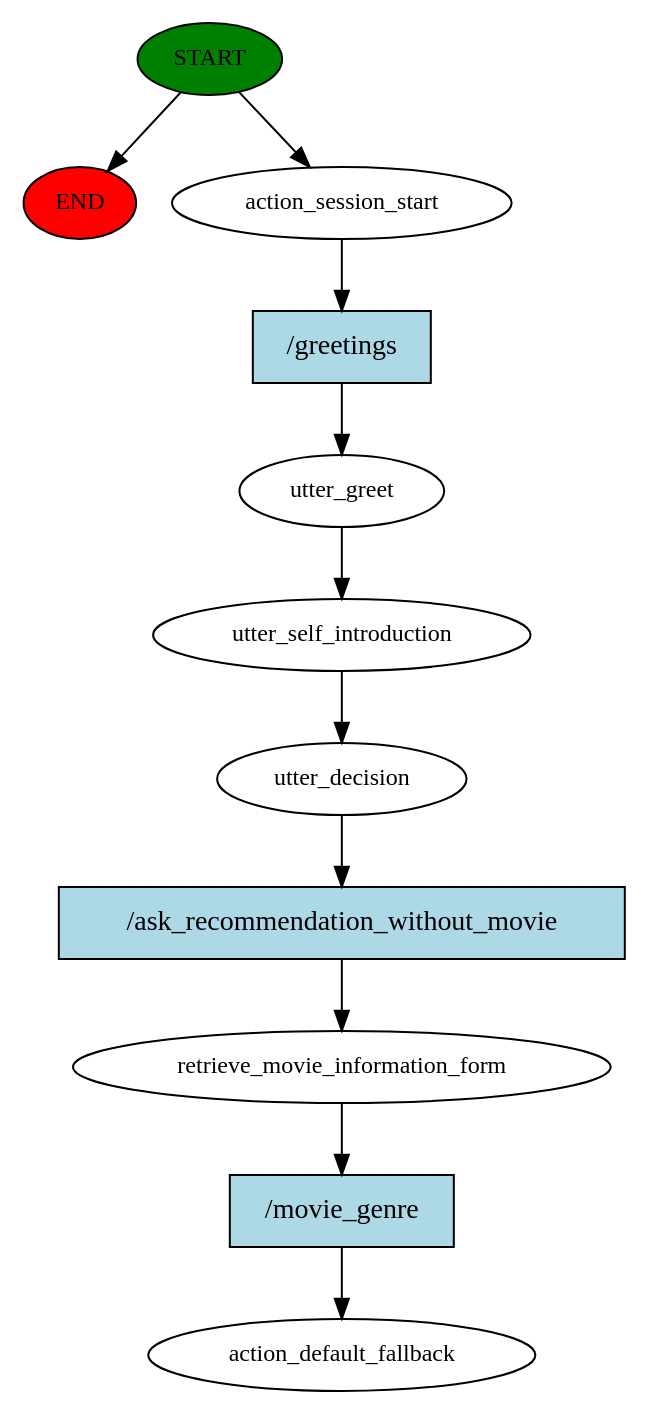
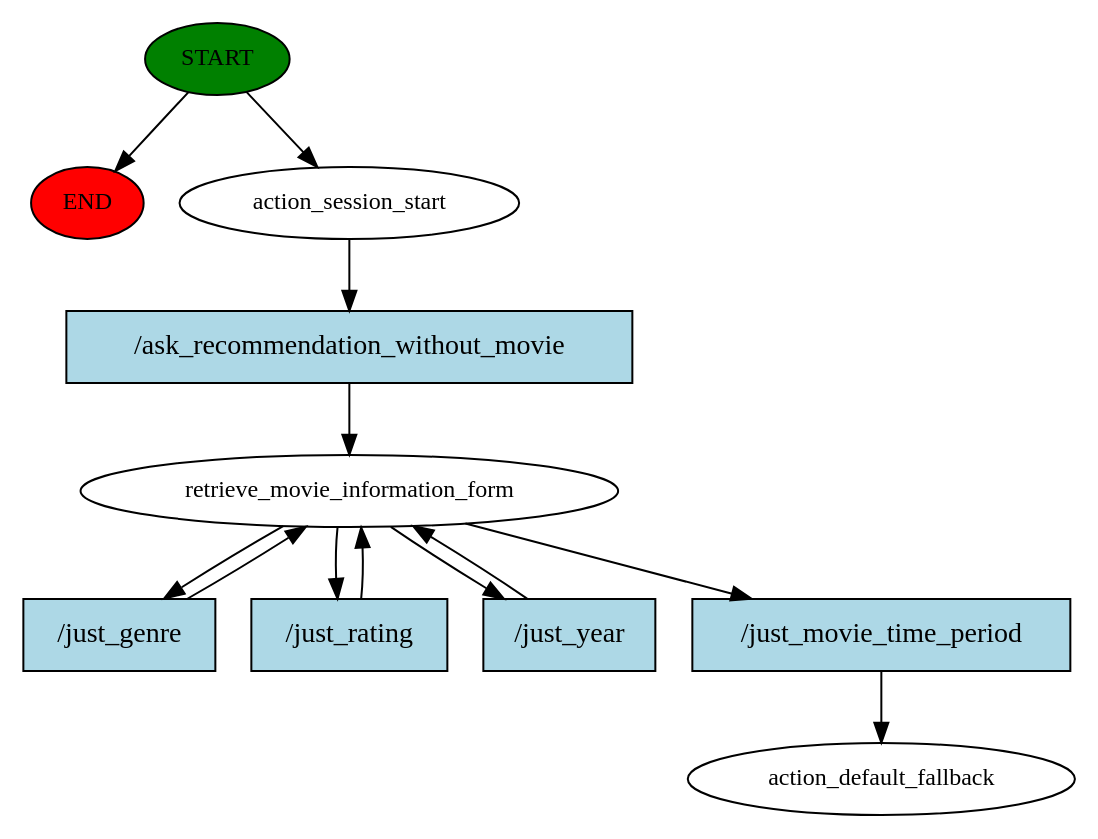
The diagram in story_graph.dot (Bru0x11/Human_Machine_Dialogue-Rasa), drawn with Graphviz before and after one commit. The commit also changed 337 other files, not shown here.

```diff
--- a/story_graph.dot
+++ b/story_graph.dot
@@ -1,23 +1,24 @@
 digraph  {
 0 [class="start active", fillcolor=green, fontsize=12, label=START, style=filled];
 "-1" [class=end, fillcolor=red, fontsize=12, label=END, style=filled];
 1 [class=active, fontsize=12, label=action_session_start];
-2 [class=active, fontsize=12, label=utter_greet];
-3 [class=active, fontsize=12, label=utter_self_introduction];
-4 [class=active, fontsize=12, label=utter_decision];
-5 [class=active, fontsize=12, label=retrieve_movie_information_form];
+2 [class=active, fontsize=12, label=retrieve_movie_information_form];
 6 [class="dashed active", fontsize=12, label=action_default_fallback];
-7 [class="intent active", fillcolor=lightblue, label="/greetings", shape=rect, style=filled];
-8 [class="intent active", fillcolor=lightblue, label="/ask_recommendation_without_movie", shape=rect, style=filled];
-9 [class="intent active", fillcolor=lightblue, label="/movie_genre", shape=rect, style=filled];
+7 [class="intent active", fillcolor=lightblue, label="/ask_recommendation_without_movie", shape=rect, style=filled];
+8 [class="intent active", fillcolor=lightblue, label="/just_genre", shape=rect, style=filled];
+9 [class="intent active", fillcolor=lightblue, label="/just_rating", shape=rect, style=filled];
+10 [class="intent active", fillcolor=lightblue, label="/just_year", shape=rect, style=filled];
+11 [class="intent active", fillcolor=lightblue, label="/just_movie_time_period", shape=rect, style=filled];
 0 -> "-1"  [class="", key=NONE, label=""];
 0 -> 1  [class=active, key=NONE, label=""];
 1 -> 7  [class=active, key=0];
-2 -> 3  [class=active, key=NONE, label=""];
-3 -> 4  [class=active, key=NONE, label=""];
-4 -> 8  [class=active, key=0];
-5 -> 9  [class=active, key=0];
+2 -> 8  [class=active, key=0];
+2 -> 9  [class=active, key=0];
+2 -> 10  [class=active, key=0];
+2 -> 11  [class=active, key=0];
 7 -> 2  [class=active, key=0];
-8 -> 5  [class=active, key=0];
-9 -> 6  [class=active, key=0];
+8 -> 2  [class=active, key=0];
+9 -> 2  [class=active, key=0];
+10 -> 2  [class=active, key=0];
+11 -> 6  [class=active, key=0];
 }
```
